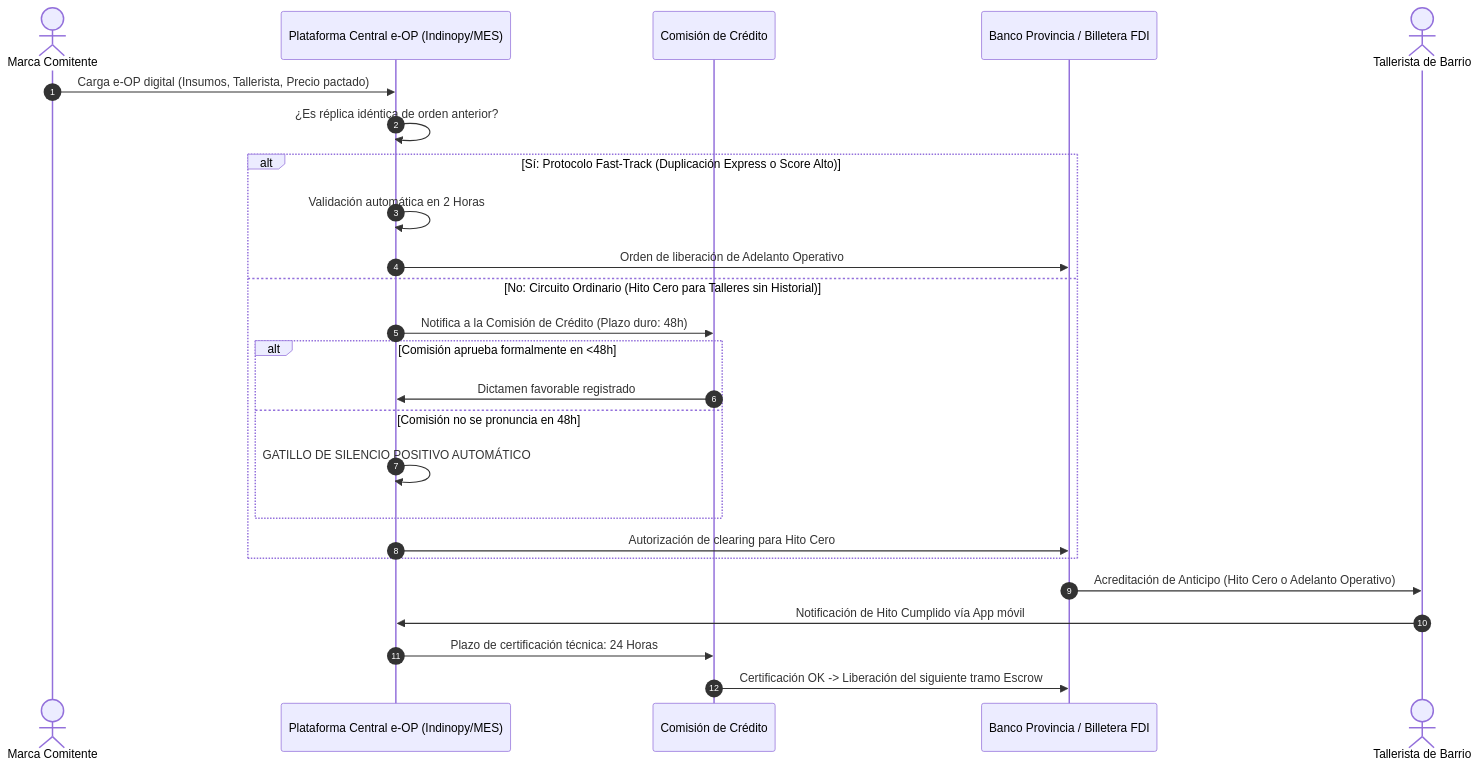
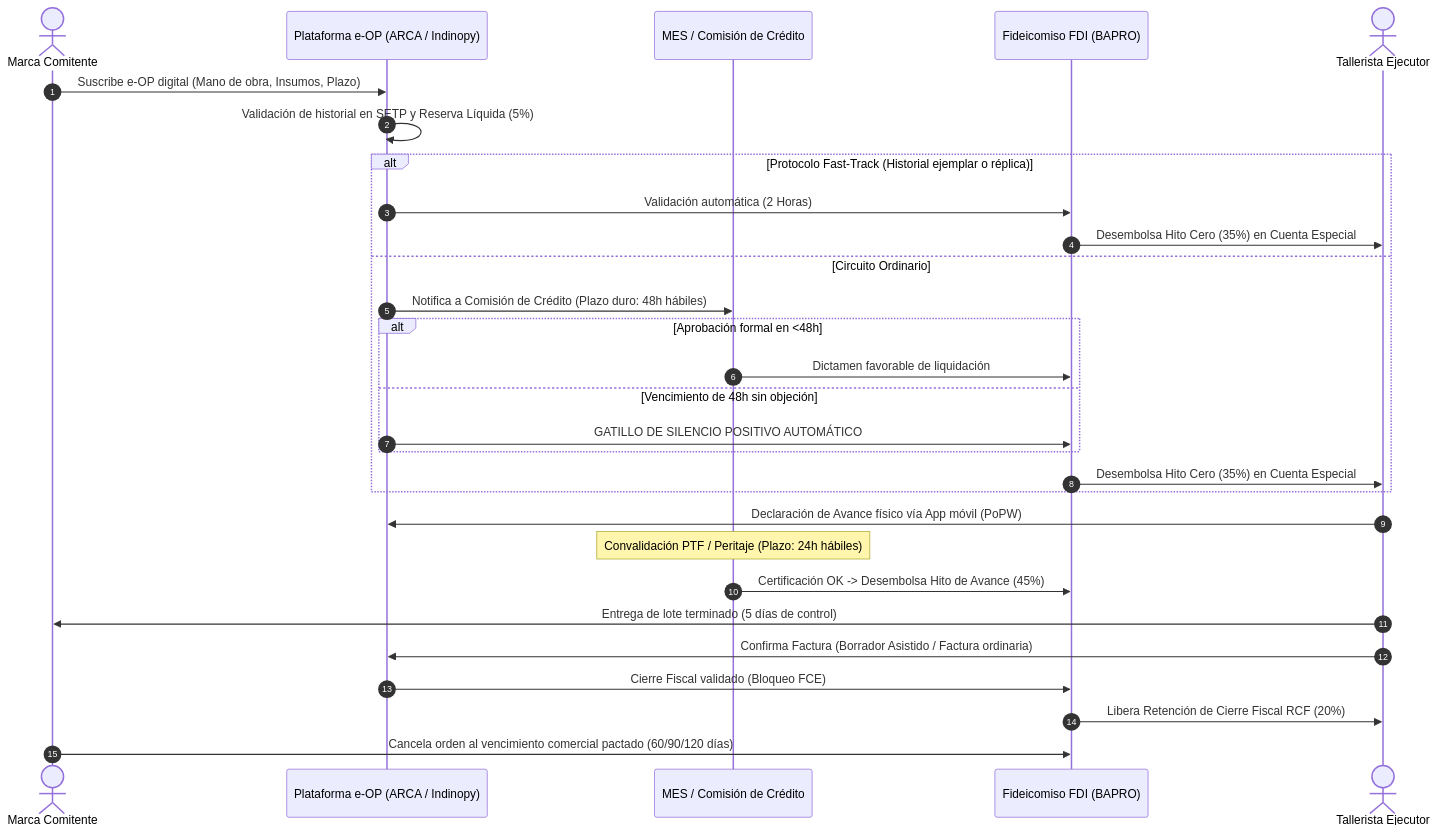
One commit to sarthouse/indinopy changed the third of 5 diagrams in docs/md/arquitectura_mes_gobernanza.md. Above: the diagram before and after it, drawn with Mermaid. The commit also changed other lines of this file and 16 other files, not shown here.

````diff
--- a/docs/md/arquitectura_mes_gobernanza.md
+++ b/docs/md/arquitectura_mes_gobernanza.md
@@ -159,28 +138,34 @@
 ```mermaid
 sequenceDiagram
     autonumber
     actor Marca as Marca Comitente
-    participant SIS as Plataforma Central e-OP (Indinopy/MES)
-    participant COM as Comisión de Crédito
-    participant BAN as Banco Provincia / Billetera FDI
-    actor Taller as Tallerista de Barrio
+    participant SIS as Plataforma e-OP (ARCA / Indinopy)
+    participant COM as MES / Comisión de Crédito
+    participant FDI as Fideicomiso FDI (BAPRO)
+    actor Taller as Tallerista Ejecutor
 
-    Marca->>SIS: Carga e-OP digital (Insumos, Tallerista, Precio pactado)
-    SIS->>SIS: ¿Es réplica idéntica de orden anterior?
-    alt Sí: Protocolo Fast-Track (Duplicación Express o Score Alto)
-        SIS->>SIS: Validación automática en 2 Horas
-        SIS->>BAN: Orden de liberación de Adelanto Operativo
-    else No: Circuito Ordinario (Hito Cero para Talleres sin Historial)
-        SIS->>COM: Notifica a la Comisión de Crédito (Plazo duro: 48h)
-        alt Comisión aprueba formalmente en <48h
-            COM->>SIS: Dictamen favorable registrado
-        else Comisión no se pronuncia en 48h
-            SIS->>SIS: GATILLO DE SILENCIO POSITIVO AUTOMÁTICO
+    Marca->>SIS: Suscribe e-OP digital (Mano de obra, Insumos, Plazo)
+    SIS->>SIS: Validación de historial en SETP y Reserva Líquida (5%)
+    alt Protocolo Fast-Track (Historial ejemplar o réplica)
+        SIS->>FDI: Validación automática (2 Horas)
+        FDI->>Taller: Desembolsa Hito Cero (35%) en Cuenta Especial
+    else Circuito Ordinario
+        SIS->>COM: Notifica a Comisión de Crédito (Plazo duro: 48h hábiles)
+        alt Aprobación formal en <48h
+            COM->>FDI: Dictamen favorable de liquidación
+        else Vencimiento de 48h sin objeción
+            SIS->>FDI: GATILLO DE SILENCIO POSITIVO AUTOMÁTICO
         end
-        SIS->>BAN: Autorización de clearing para Hito Cero
+        FDI->>Taller: Desembolsa Hito Cero (35%) en Cuenta Especial
     end
-    BAN->>Taller: Acreditación de Anticipo (Hito Cero o Adelanto Operativo)
-    Taller->>SIS: Notificación de Hito Cumplido vía App móvil
-    SIS->>COM: Plazo de certificación técnica: 24 Horas
-    COM->>BAN: Certificación OK -> Liberación del siguiente tramo Escrow
+
+    Taller->>SIS: Declaración de Avance físico vía App móvil (PoPW)
+    Note over COM: Convalidación PTF / Peritaje (Plazo: 24h hábiles)
+    COM->>FDI: Certificación OK -> Desembolsa Hito de Avance (45%)
+
+    Taller->>Marca: Entrega de lote terminado (5 días de control)
+    Taller->>SIS: Confirma Factura (Borrador Asistido / Factura ordinaria)
+    SIS->>FDI: Cierre Fiscal validado (Bloqueo FCE)
+    FDI->>Taller: Libera Retención de Cierre Fiscal RCF (20%)
+    Marca->>FDI: Cancela orden al vencimiento comercial pactado (60/90/120 días)
 ```
````
